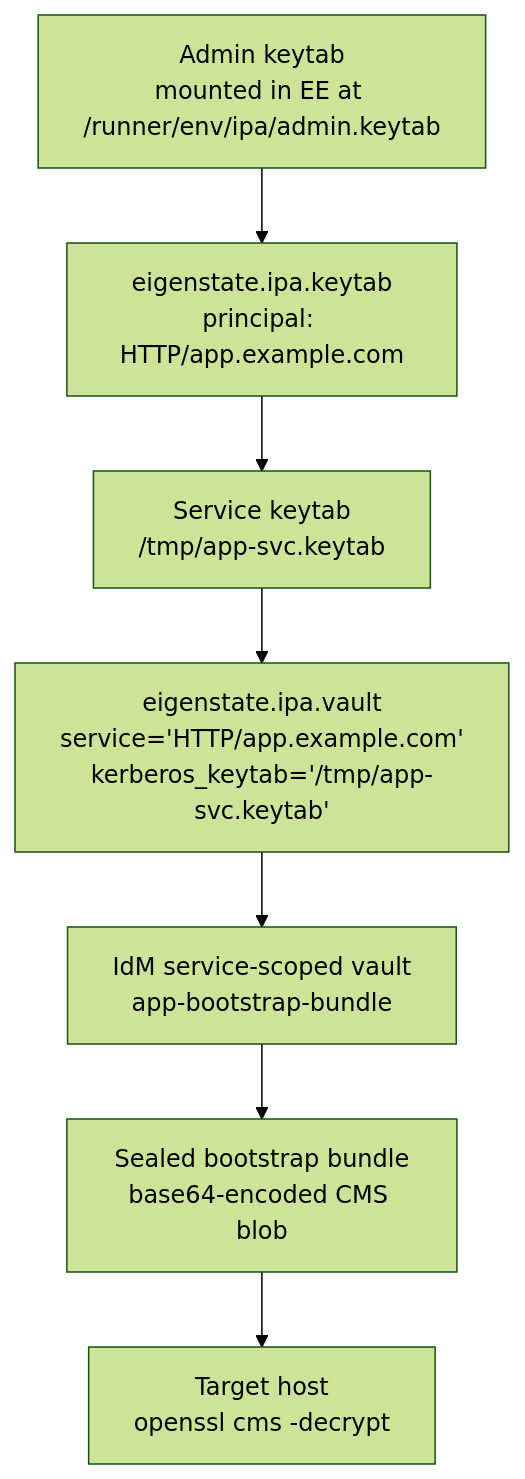
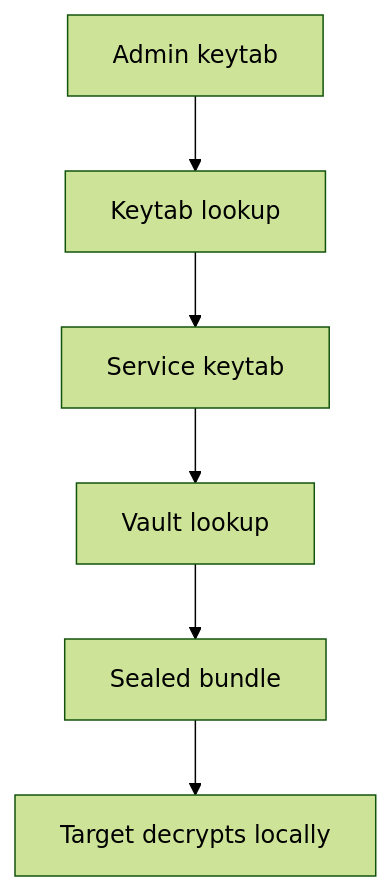
The eighth of 8 diagrams in docs/keytab-capabilities.md (gprocunier/eigenstate-ipa), drawn with Mermaid (forest theme) before and after one commit. The commit also changed other lines of this file and 12 other files, not shown here.

Commit message:
Clean up Mermaid diagrams across docs

````diff
--- a/docs/keytab-capabilities.md
+++ b/docs/keytab-capabilities.md
@@ -329,17 +329,15 @@
 ```mermaid
 flowchart TD
-    admin_kt["Admin keytab\nmounted in EE at /runner/env/ipa/admin.keytab"]
-    keytab_lookup["eigenstate.ipa.keytab\nprincipal: HTTP/app.example.com"]
-    svc_kt["Service keytab\n/tmp/app-svc.keytab"]
-    vault_lookup["eigenstate.ipa.vault\nservice='HTTP/app.example.com'\nkerberos_keytab='/tmp/app-svc.keytab'"]
-    idm_vault["IdM service-scoped vault\napp-bootstrap-bundle"]
-    sealed_blob["Sealed bootstrap bundle\nbase64-encoded CMS blob"]
-    target["Target host\nopenssl cms -decrypt"]
+    admin_kt["Admin keytab"]
+    keytab_lookup["Keytab lookup"]
+    svc_kt["Service keytab"]
+    vault_lookup["Vault lookup"]
+    blob["Sealed bundle"]
+    target["Target decrypts locally"]
 
     admin_kt --> keytab_lookup
     keytab_lookup --> svc_kt
     svc_kt --> vault_lookup
-    vault_lookup --> idm_vault
-    idm_vault --> sealed_blob
-    sealed_blob --> target
+    vault_lookup --> blob
+    blob --> target
 ```
````
